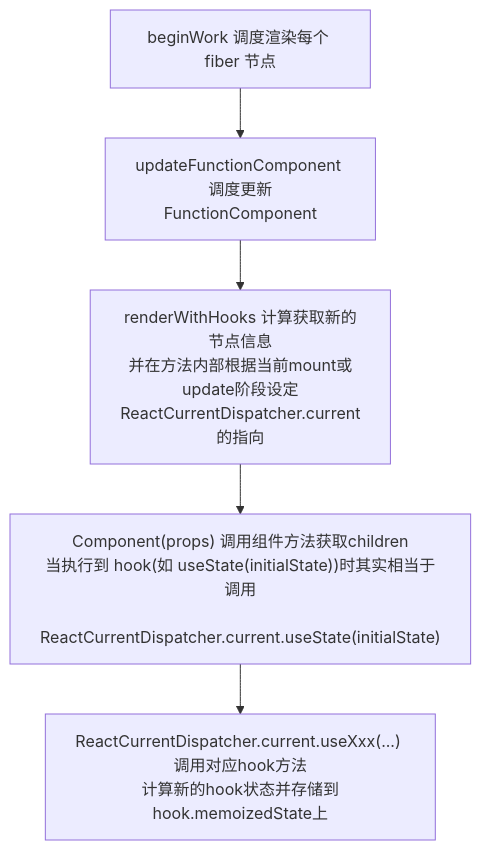
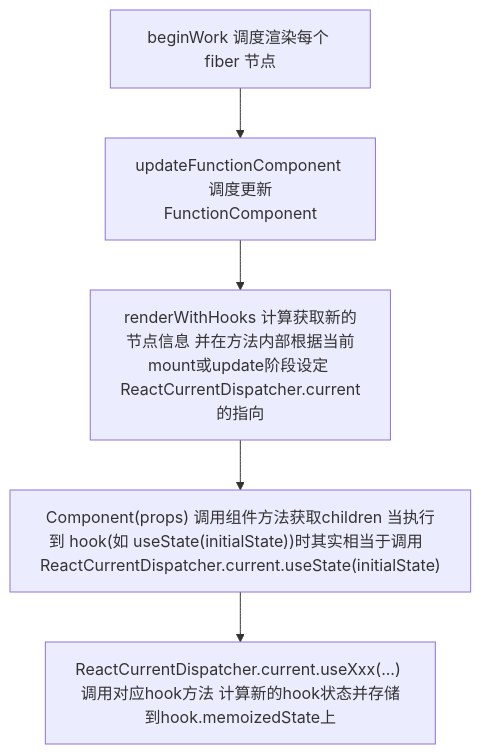
One commit to nnecec/nnecec.studio changed the diagram in content/react/hooks/basic.md. Above: the diagram before and after it, drawn with Mermaid. The commit also changed 35 other files, not shown here.

````diff
--- a/content/react/hooks/basic.md
+++ b/content/react/hooks/basic.md
@@ -22,8 +22,7 @@
 ```mermaid
 graph TD;
-beginWork[beginWork 调度渲染每个 fiber 节点]
-beginWork --> updateFunctionComponent[updateFunctionComponent 调度更新FunctionComponent]
-updateFunctionComponent --> renderWithHooks[renderWithHooks 计算获取新的节点信息<br/>并在方法内部根据当前mount或update阶段设定<br/>ReactCurrentDispatcher.current的指向]
-renderWithHooks --> component["Component(props) 调用组件方法获取children<br/>当执行到 hook(如 useState(initialState))时其实相当于调用<br/> ReactCurrentDispatcher.current.useState(initialState)"]
-component --> hook["ReactCurrentDispatcher.current.useXxx(...) 调用对应hook方法<br/>计算新的hook状态并存储到hook.memoizedState上"]
+beginWork[beginWork 调度渲染每个 fiber 节点]-->updateFunctionComponent[updateFunctionComponent 调度更新FunctionComponent]
+updateFunctionComponent-->renderWithHooks["renderWithHooks 计算获取新的节点信息 并在方法内部根据当前mount或update阶段设定 ReactCurrentDispatcher.current的指向"]
+renderWithHooks-->component["Component(props) 调用组件方法获取children 当执行到 hook(如 useState(initialState))时其实相当于调用  ReactCurrentDispatcher.current.useState(initialState)"]
+component-->hook["ReactCurrentDispatcher.current.useXxx(...) 调用对应hook方法 计算新的hook状态并存储到hook.memoizedState上"]
 ```
````
